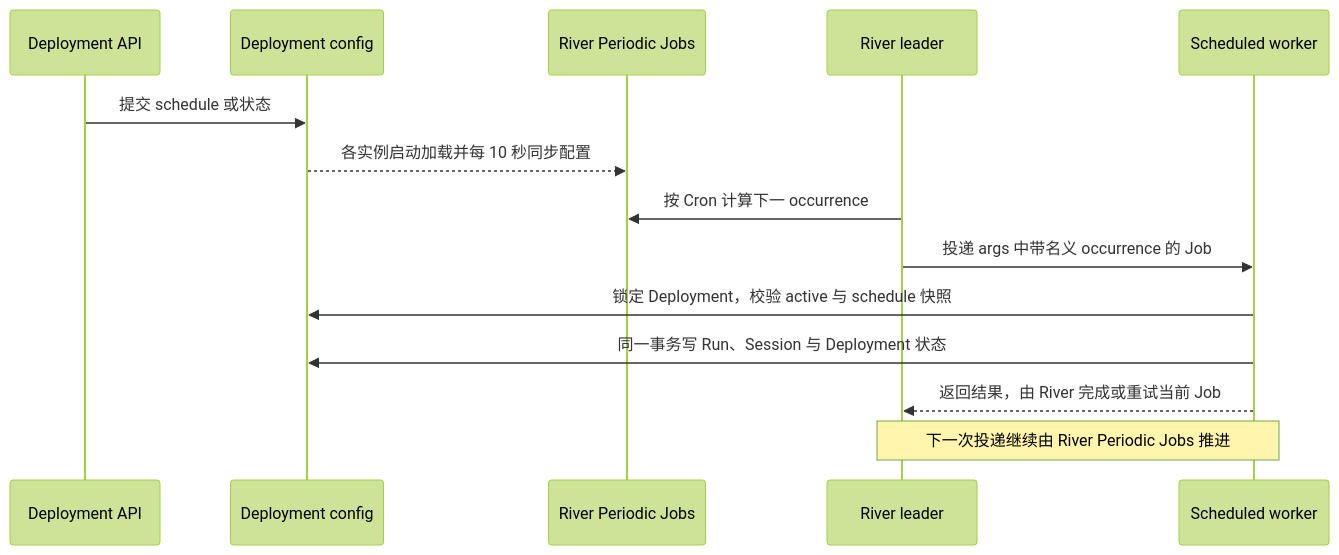
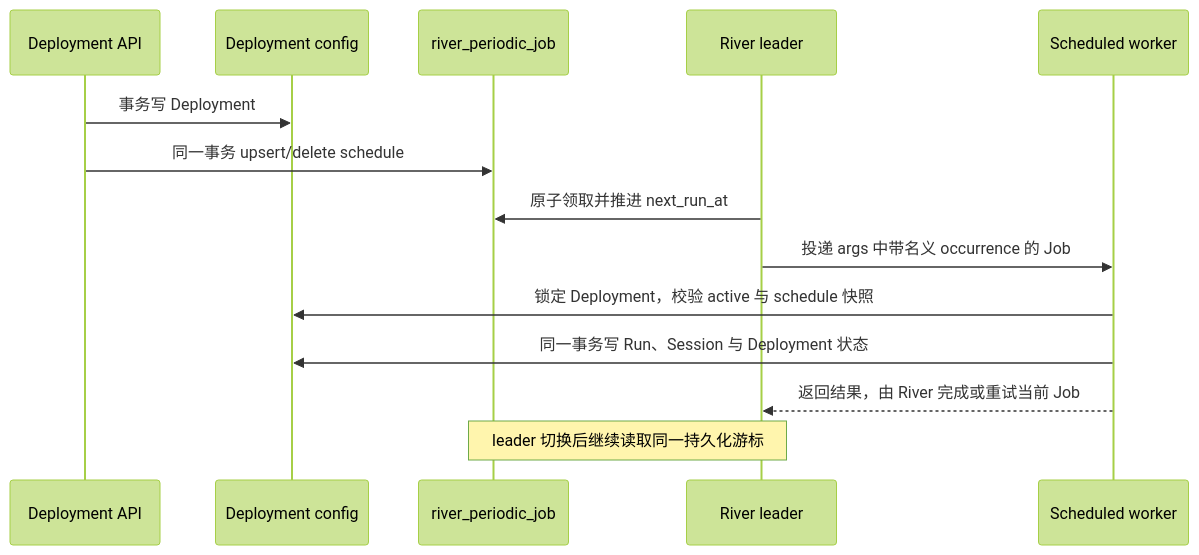
Before and after one commit to superduck-ai/open-managed-agents: the diagram in docs/design/be/deployments-api-contract.md, drawn with Mermaid (forest theme). The commit also changed other lines of this file and 8 other files, not shown here.

````diff
--- a/docs/design/be/deployments-api-contract.md
+++ b/docs/design/be/deployments-api-contract.md
@@ -71,17 +71,17 @@
 ```mermaid
 sequenceDiagram
     participant API as Deployment API
     participant AppDB as Deployment config
-    participant Registry as River Periodic Jobs
+    participant Durable as river_periodic_job
     participant Leader as River leader
     participant Worker as Scheduled worker
 
-    API->>AppDB: 提交 schedule 或状态
-    AppDB-->>Registry: 各实例启动加载并每 10 秒同步配置
-    Leader->>Registry: 按 Cron 计算下一 occurrence
+    API->>AppDB: 事务写 Deployment
+    API->>Durable: 同一事务 upsert/delete schedule
+    Leader->>Durable: 原子领取并推进 next_run_at
     Leader->>Worker: 投递 args 中带名义 occurrence 的 Job
     Worker->>AppDB: 锁定 Deployment，校验 active 与 schedule 快照
     Worker->>AppDB: 同一事务写 Run、Session 与 Deployment 状态
 	Worker-->>Leader: 返回结果，由 River 完成或重试当前 Job
-    Note over Leader,Worker: 下一次投递继续由 River Periodic Jobs 推进
+    Note over Durable,Leader: leader 切换后继续读取同一持久化游标
 ```
````
